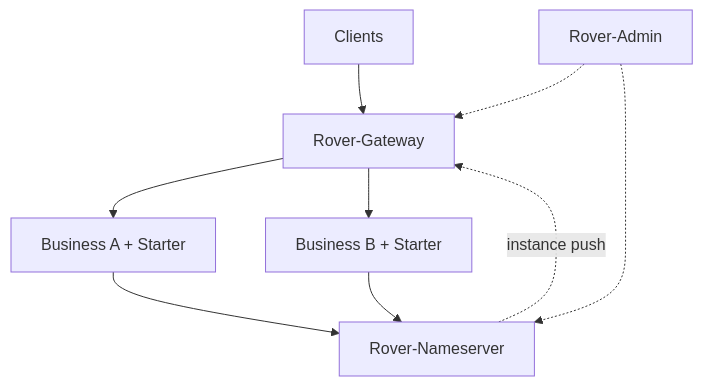
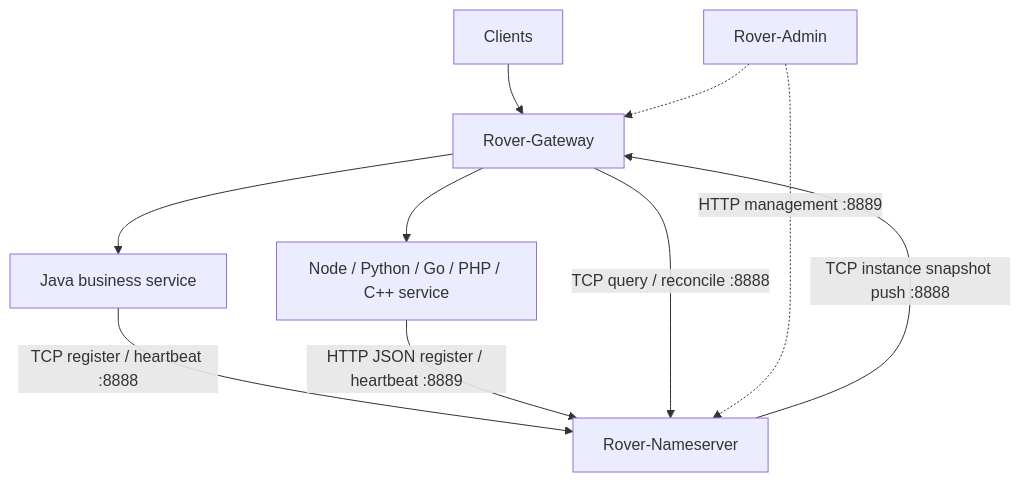
The first of 3 diagrams in docs-public/architecture.md (zzl-qz/Rover-Suite), drawn with Mermaid before and after one commit. The commit also changed other lines of this file and 74 other files, not shown here.

````diff
--- a/docs-public/architecture.md
+++ b/docs-public/architecture.md
@@ -29,11 +53,15 @@
 ```mermaid
 flowchart TB
-    Client[Clients] --> GW[Rover-Gateway]
-    GW --> A[Business A + Starter]
-    GW --> B[Business B + Starter]
-    A --> NS[Rover-Nameserver]
-    B --> NS
-    NS -.->|instance push| GW
-    Admin[Rover-Admin] -.-> GW
-    Admin -.-> NS
+    Client["Clients"] --> GW["Rover-Gateway"]
+    GW --> JavaService["Java business service"]
+    GW --> OtherService["Node / Python / Go / PHP / C++ service"]
+
+    JavaService -->|"TCP register / heartbeat :8888"| NS["Rover-Nameserver"]
+    OtherService -->|"HTTP JSON register / heartbeat :8889"| NS
+
+    NS -->|"TCP instance snapshot push :8888"| GW
+    GW -->|"TCP query / reconcile :8888"| NS
+
+    Admin["Rover-Admin"] -.->|"HTTP management :8889"| NS
+    Admin -.-> GW
 ```
````
